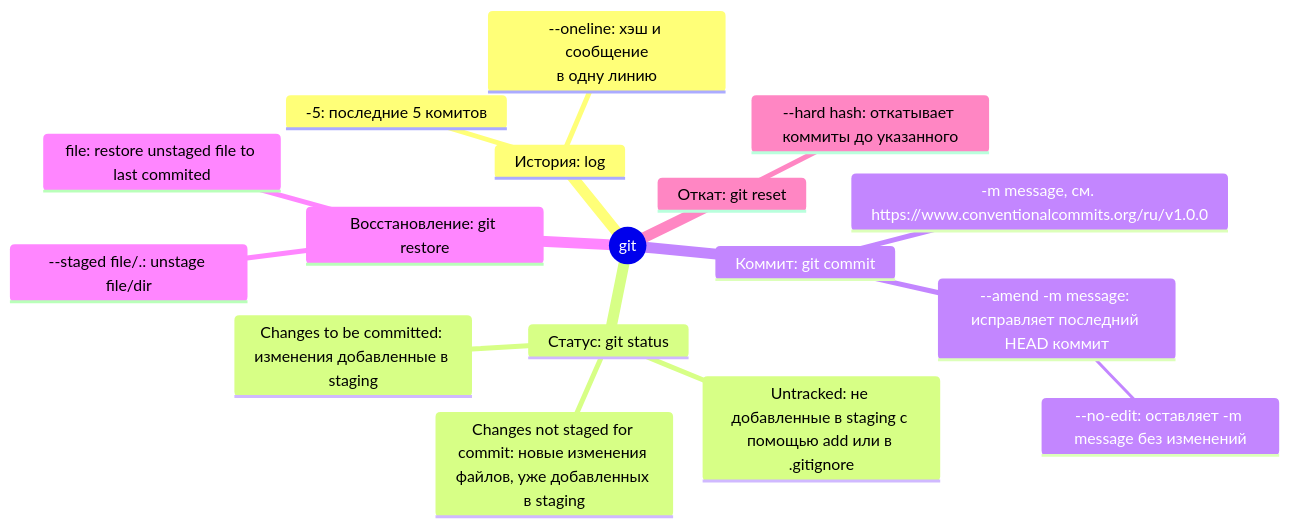
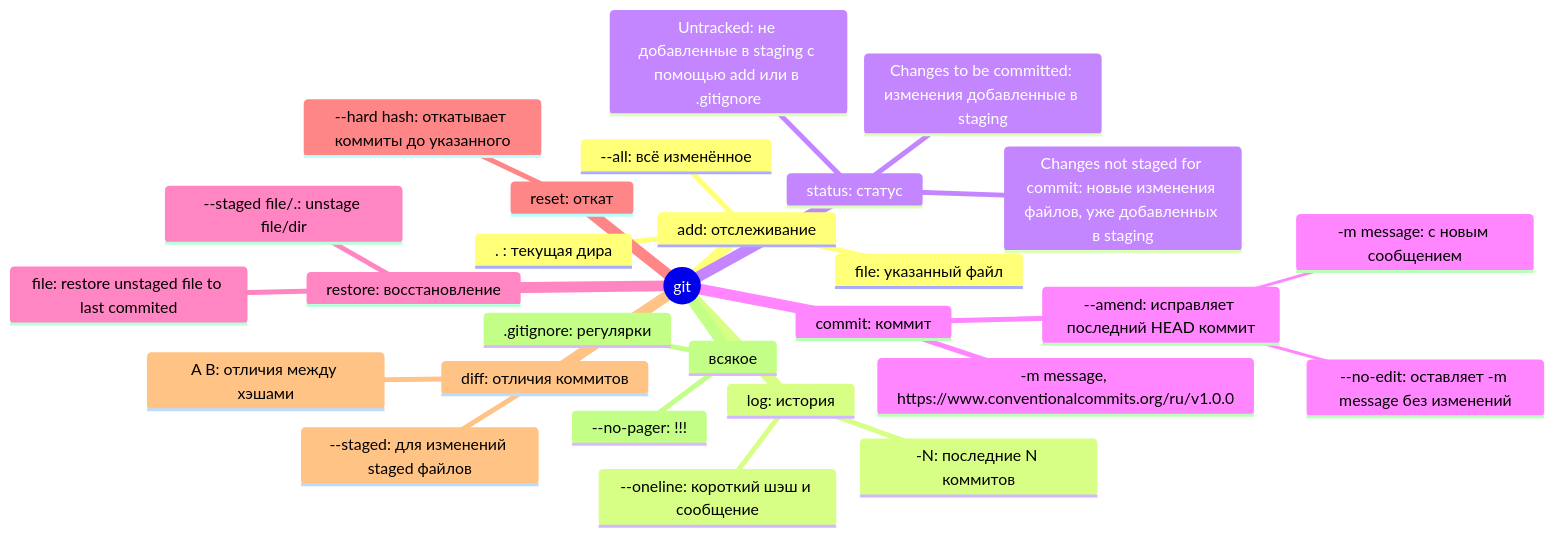
The diagram in README.md (virtua10ne/wannabe_devops), drawn with Mermaid before and after one commit. The commit also changed other lines of this file, not shown here.

Commit message:
README: reworked mermaid,added diff options

````diff
--- a/README.md
+++ b/README.md
@@ -67,21 +68,31 @@
 ```mermaid
 mindmap
   root((git))
-    История: log
-      --oneline: хэш и сообщение<br/>в одну линию
-      -5: последние 5 комитов
-    Статус: git status
+    add: отслеживание
+      . : текущая дира
+      file: указанный файл
+      --all: всё изменённое
+    log: история
+      --oneline: короткий шэш и сообщение
+      -N: последние N коммитов
+    status: статус
       Untracked: не добавленные в staging с помощью add или в .gitignore
       Changes not staged for commit: новые изменения файлов, уже добавленных в staging
       Changes to be committed: изменения добавленные в staging
-    Коммит: git commit
-      -m message, см. https://www.conventionalcommits.org/ru/v1.0.0
-      --amend -m message: исправляет последний HEAD коммит
+    commit: коммит
+      -m message, https://www.conventionalcommits.org/ru/v1.0.0
+      --amend: исправляет последний HEAD коммит
+        -m message: с новым сообщением
         --no-edit: оставляет -m message без изменений
-    Восстановление: git restore
+    restore: восстановление
       file: restore unstaged file to last commited
       --staged file/.: unstage file/dir
-      
-    Откат: git reset
+    reset: откат
       --hard hash: откатывает коммиты до указанного
+    diff: отличия коммитов
+      --staged: для изменений staged файлов
+      A B: отличия между хэшами
+    всякое
+      --no-pager: !!!
+      .gitignore: регулярки
 ```
````
